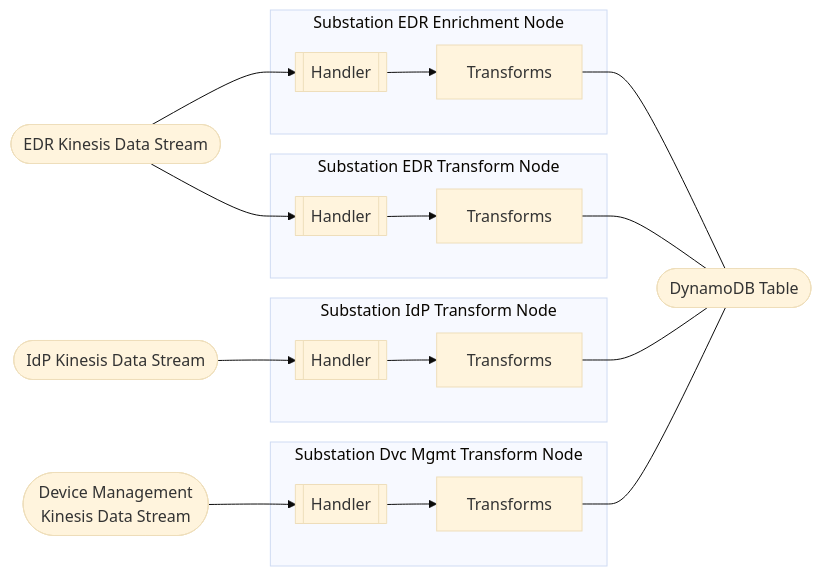
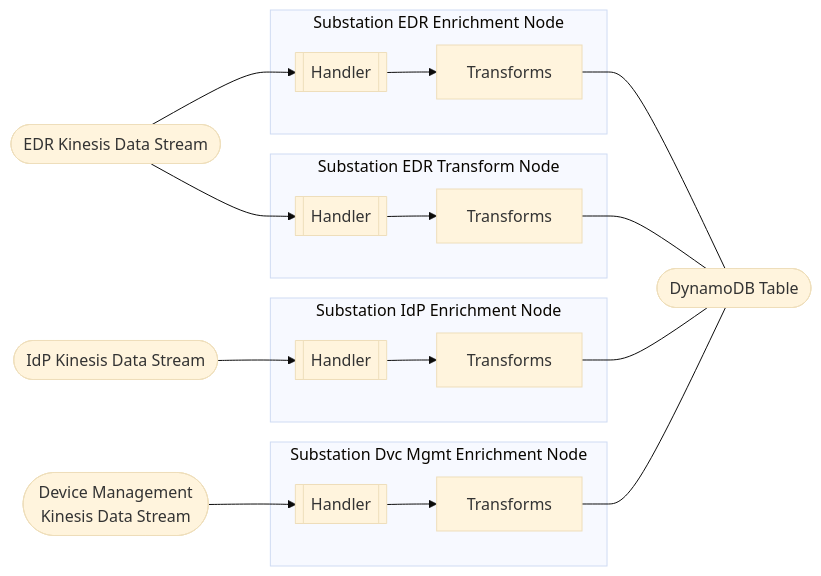
The fourth of 16 diagrams in examples/terraform/aws/README.md (brexhq/substation), drawn with Mermaid (base theme) before and after one commit.

Commit message:
docs: Examples README

````diff
--- a/examples/terraform/aws/README.md
+++ b/examples/terraform/aws/README.md
@@ -89,48 +89,48 @@
 ```mermaid
 
 flowchart LR
     %% resources
     md_kinesis([Device Management
     Kinesis Data Stream])
     edr_kinesis([EDR Kinesis Data Stream])
     idp_kinesis([IdP Kinesis Data Stream])
     dynamodb([DynamoDB Table])
 
     edrEnrichmentHandler[[Handler]]
     edrEnrichmentTransforms[Transforms]
 
     edrTransformHandler[[Handler]]
     edrTransformTransforms[Transforms]
 
     idpEnrichmentHandler[[Handler]]
     idpEnrichmentTransforms[Transforms]
 
     mdEnrichmentHandler[[Handler]]
     mdEnrichmentTransforms[Transforms]
 
     %% connections
     edr_kinesis --> edrEnrichmentHandler
     subgraph Substation EDR Enrichment Node 
     edrEnrichmentHandler --> edrEnrichmentTransforms
     end
 
     edr_kinesis --> edrTransformHandler
     subgraph Substation EDR Transform Node 
     edrTransformHandler --> edrTransformTransforms
     end
 
     idp_kinesis --> idpEnrichmentHandler
-    subgraph Substation IdP Transform Node 
+    subgraph Substation IdP Enrichment Node 
     idpEnrichmentHandler --> idpEnrichmentTransforms
     end
 
     md_kinesis --> mdEnrichmentHandler
-    subgraph Substation Dvc Mgmt Transform Node 
+    subgraph Substation Dvc Mgmt Enrichment Node 
     mdEnrichmentHandler --> mdEnrichmentTransforms
     end
 
     edrEnrichmentTransforms --- dynamodb
     edrTransformTransforms --- dynamodb
     idpEnrichmentTransforms --- dynamodb
     mdEnrichmentTransforms --- dynamodb
 ```
````
